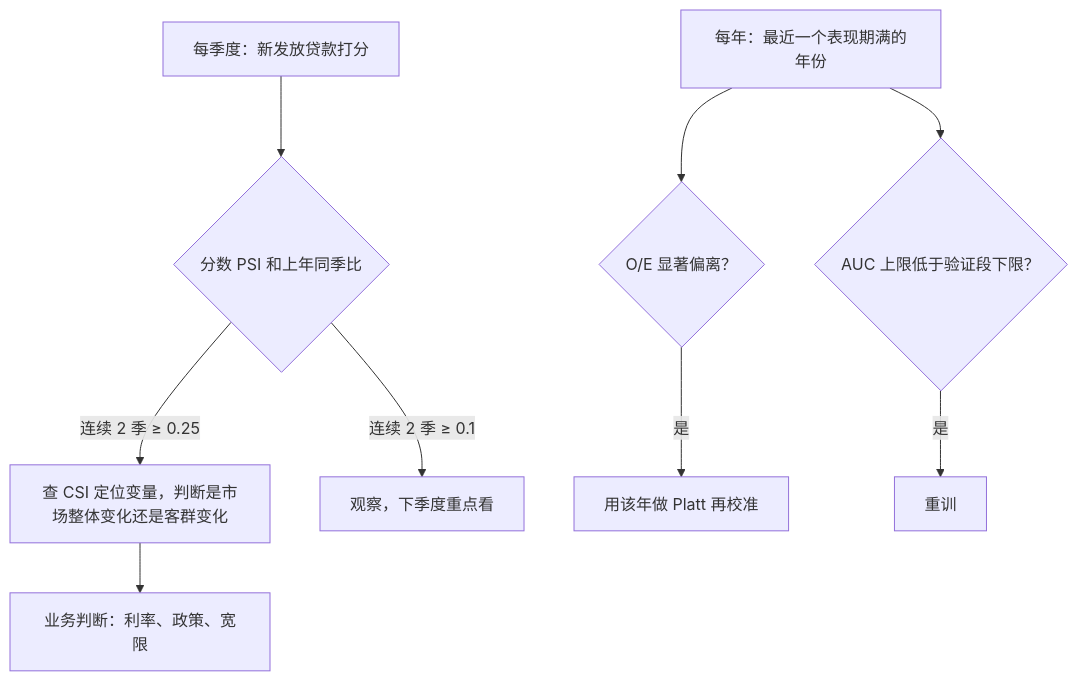
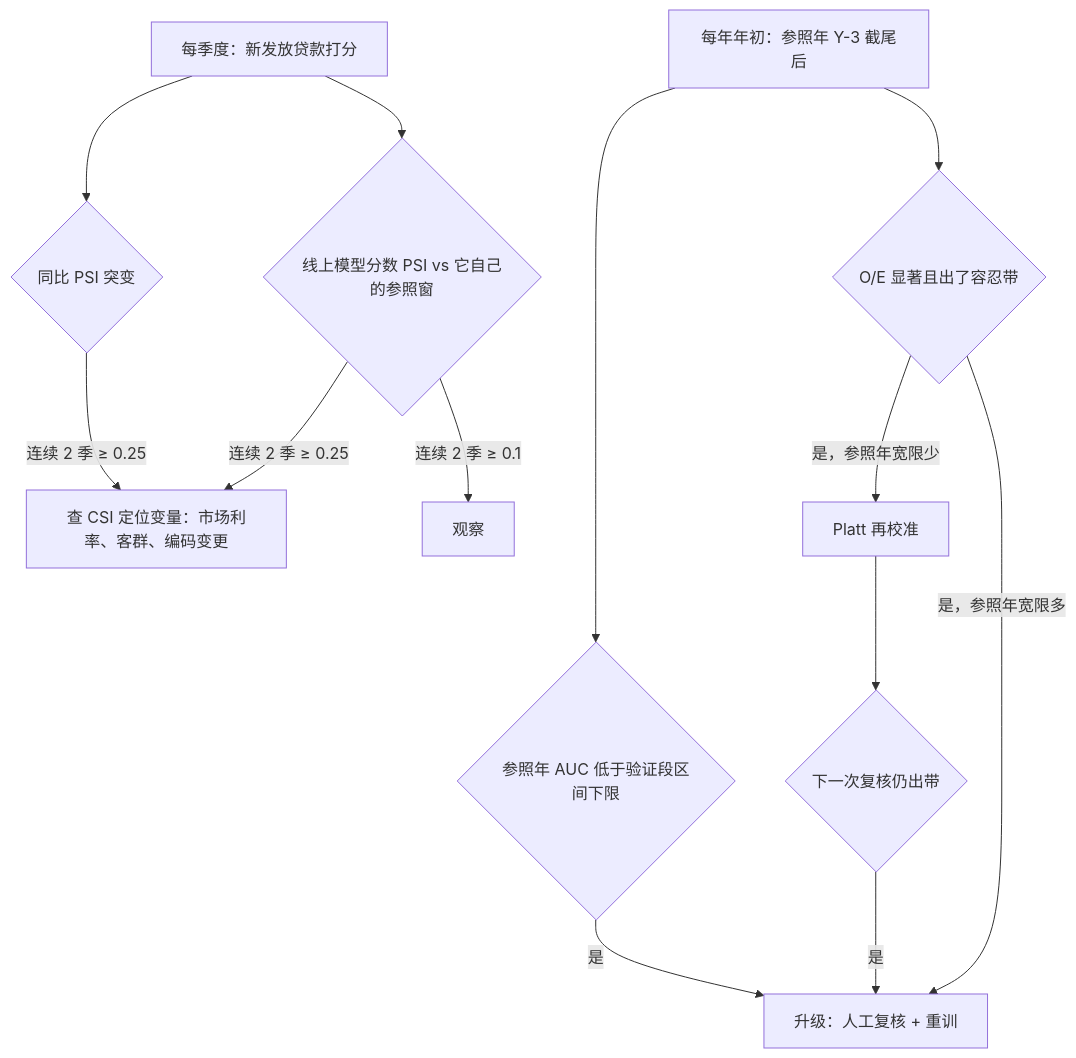
Before and after one commit to OliverOuyang/credit-risk-stability: the diagram in reports/stability.md, drawn with Mermaid. The commit also changed other lines of this file and 11 other files, not shown here.

````diff
--- a/reports/stability.md
+++ b/reports/stability.md
@@ -123,11 +130,15 @@
 ```mermaid
 flowchart TD
-  A[每季度：新发放贷款打分] --> B{分数 PSI 和上年同季比}
-  B -- 连续 2 季 ≥ 0.25 --> C[查 CSI 定位变量，判断是市场整体变化还是客群变化]
-  B -- 连续 2 季 ≥ 0.1 --> D[观察，下季度重点看]
-  E[每年：最近一个表现期满的年份] --> F{O/E 显著偏离？}
-  F -- 是 --> G[用该年做 Platt 再校准]
-  E --> H{AUC 上限低于验证段下限？}
-  H -- 是 --> I[重训]
-  C --> J[业务判断：利率、政策、宽限]
+  A[每季度：新发放贷款打分] --> B{线上模型分数 PSI vs 它自己的参照窗}
+  B -- 连续 2 季 ≥ 0.25 --> C[查 CSI 定位变量：市场利率、客群、编码变更]
+  B -- 连续 2 季 ≥ 0.1 --> D[观察]
+  A --> B2{同比 PSI 突变}
+  B2 -- 连续 2 季 ≥ 0.25 --> C
+  E[每年年初：参照年 Y-3 截尾后] --> F{O/E 显著且出了容忍带}
+  F -- 是，参照年宽限少 --> G[Platt 再校准]
+  F -- 是，参照年宽限多 --> K[升级：人工复核 + 重训]
+  G --> L{下一次复核仍出带}
+  L -- 是 --> K
+  E --> H{参照年 AUC 低于验证段区间下限}
+  H -- 是 --> K
 ```
````
